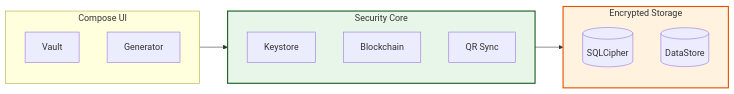
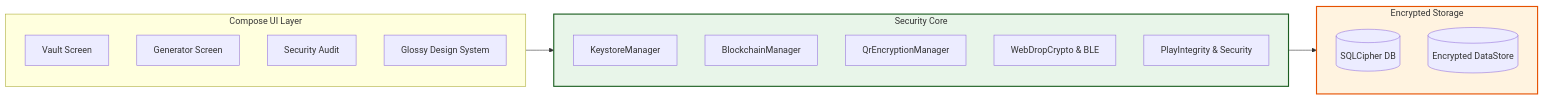
Before and after one commit to dwinsi/kunjika: the diagram in README.md, drawn with Mermaid. The commit also changed other lines of this file and 17 other files, not shown here.

````diff
--- a/README.md
+++ b/README.md
@@ -38,22 +46,26 @@
 ```mermaid
 graph LR
-    subgraph UI ["Compose UI"]
-        A[Vault]
-        B[Generator]
+    subgraph UI ["Compose UI Layer"]
+        A[Vault Screen]
+        B[Generator Screen]
+        H[Security Audit]
+        G[Glossy Design System]
     end
     subgraph Core ["Security Core"]
-        C[Keystore]
-        D[Blockchain]
-        E[QR Sync]
+        C[KeystoreManager]
+        D[BlockchainManager]
+        E[QrEncryptionManager]
+        W[WebDropCrypto & BLE]
+        P[PlayIntegrity & Security]
     end
     subgraph Storage ["Encrypted Storage"]
-        F[(SQLCipher)]
-        G[(DataStore)]
+        F[(SQLCipher DB)]
+        S[(Encrypted DataStore)]
     end
 
     UI --> Core
     Core --> Storage
     
     style Core fill:#e8f5e9,stroke:#1b5e20,stroke-width:2px
     style Storage fill:#fff3e0,stroke:#e65100,stroke-width:2px
 ```
````
